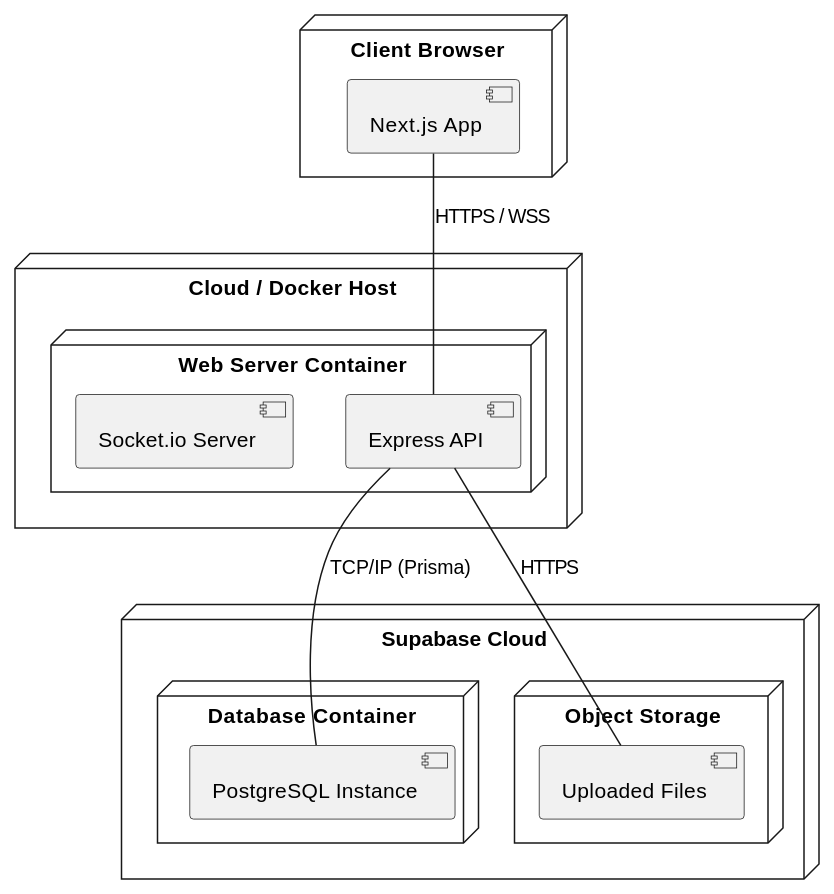
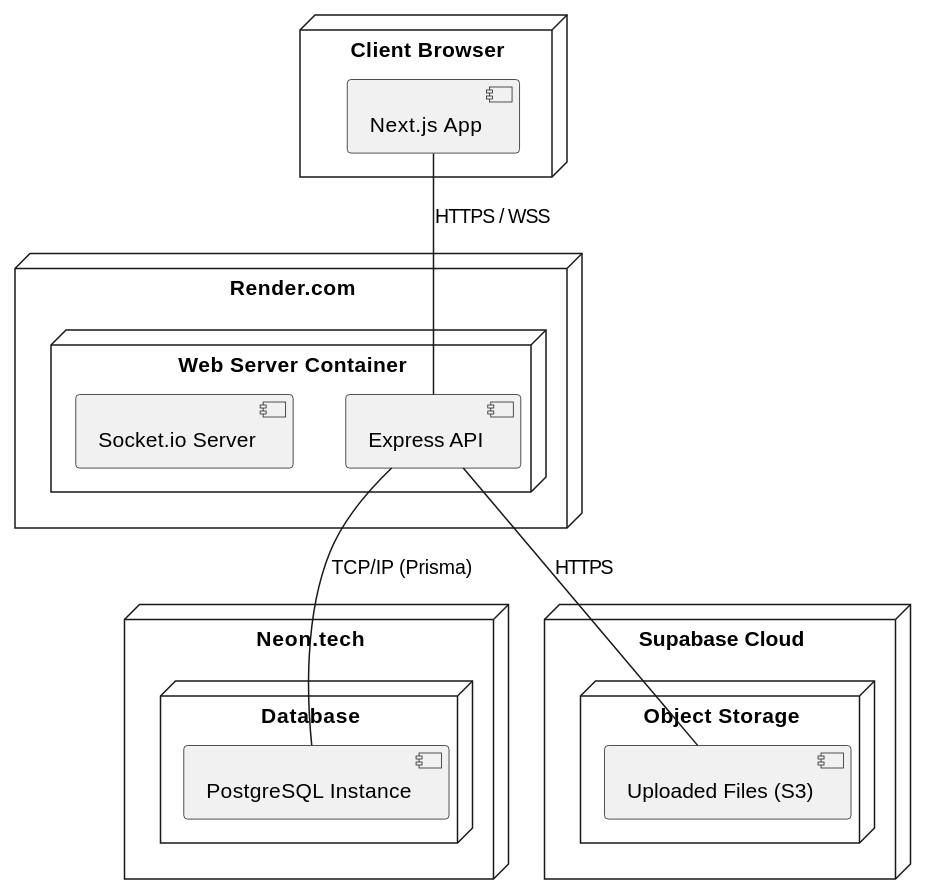
The seventh of 8 diagrams in Document.md (BleakRed/notion-clone-project), drawn with PlantUML before and after one commit. The commit also changed other lines of this file and 3 other files, not shown here.

````diff
--- a/Document.md
+++ b/Document.md
@@ -203,28 +203,30 @@
 ```plantuml
 @startuml
 node "Client Browser" {
   [Next.js App]
 }
 
-node "Cloud / Docker Host" {
+node "Render.com" {
   node "Web Server Container" {
     [Express API]
     [Socket.io Server]
   }
 }
 
-node "Supabase Cloud" {
-  node "Database Container" {
+node "Neon.tech" {
+  node "Database" {
     [PostgreSQL Instance]
   }
-  
+}
+
+node "Supabase Cloud" {
   node "Object Storage" {
-    [Uploaded Files]
+    [Uploaded Files (S3)]
   }
 }
 
 [Next.js App] -- [Express API] : HTTPS / WSS
 [Express API] -- [PostgreSQL Instance] : TCP/IP (Prisma)
-[Express API] -- [Uploaded Files] : HTTPS
+[Express API] -- [Uploaded Files (S3)] : HTTPS
 @enduml
 ```
````
